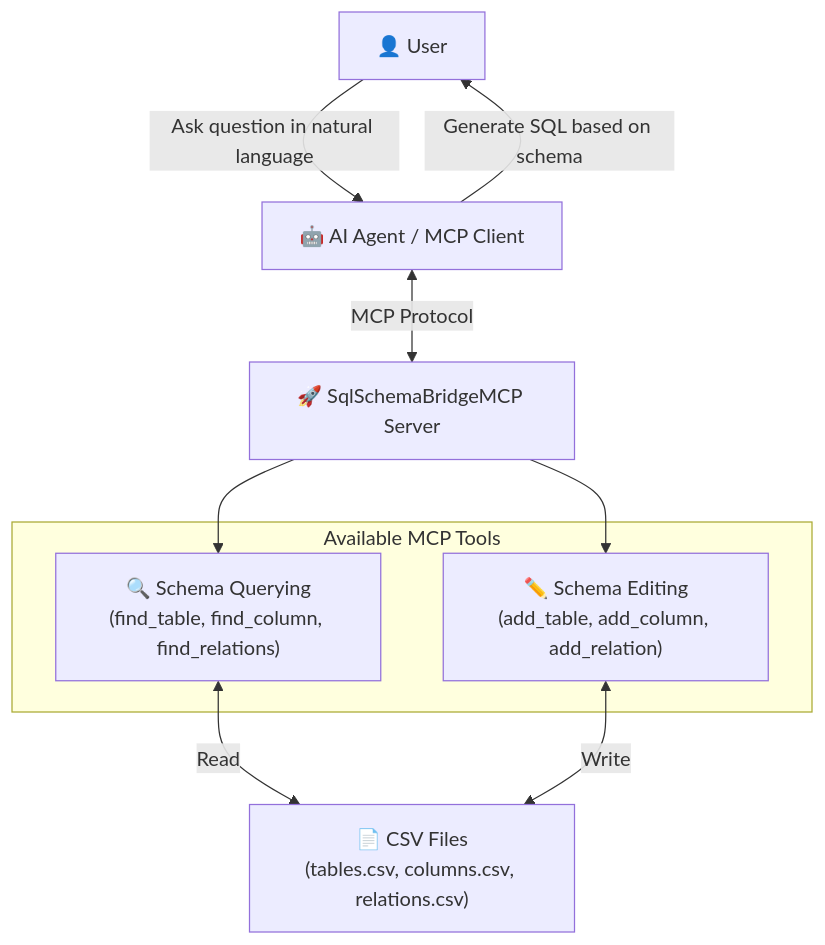
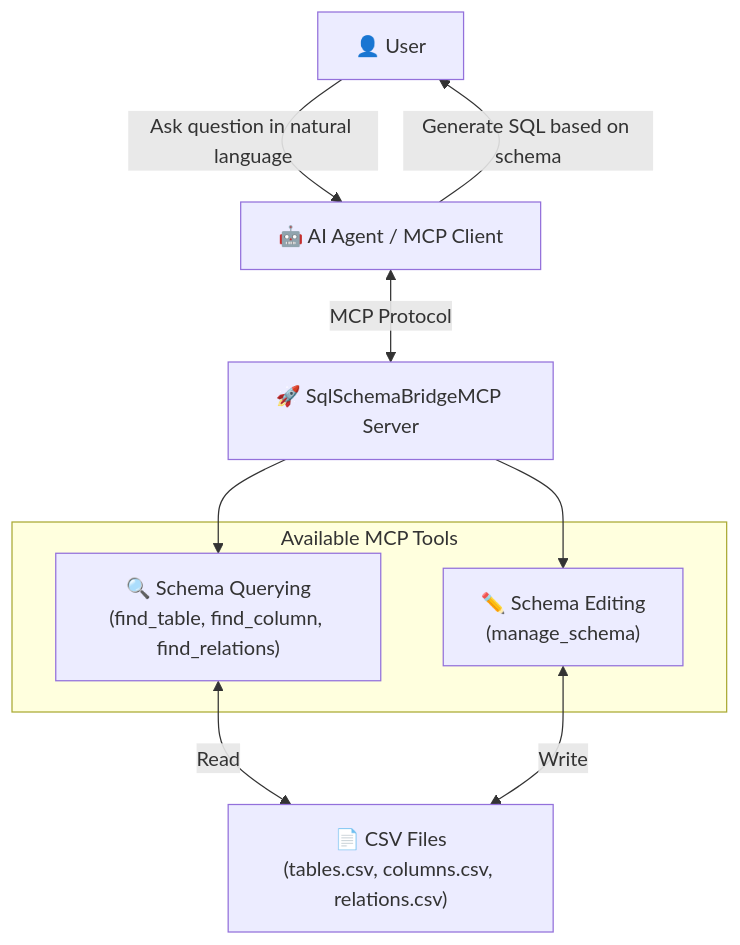
The first of 2 diagrams in README.md (yt3trees/SqlSchemaBridgeMCP), drawn with Mermaid before and after one commit. The commit also changed other lines of this file and 2 other files, not shown here.

Commit message:
refactor: Consolidate 6 schema editing tools into unified manage_schema tool

````diff
--- a/README.md
+++ b/README.md
@@ -8,21 +8,21 @@
 ```mermaid
 graph TB
     User["👤 User"]
     Agent["🤖 AI Agent / MCP Client"]
     Server["🚀 SqlSchemaBridgeMCP Server"]
     CSVFiles["📄 CSV Files<br/>(tables.csv, columns.csv, relations.csv)"]
 
     subgraph "Available MCP Tools"
         QueryTools["🔍 Schema Querying<br/>(find_table, find_column, find_relations)"]
-        EditTools["✏️ Schema Editing<br/>(add_table, add_column, add_relation)"]
+        EditTools["✏️ Schema Editing<br/>(manage_schema)"]
     end
 
     %% Main Flow
     User -->|"Ask question in natural language"| Agent
     Agent <-->|"MCP Protocol"| Server
     Server --> QueryTools
     Server --> EditTools
     QueryTools <-->|"Read"| CSVFiles
     EditTools <-->|"Write"| CSVFiles
     Agent -->|"Generate SQL based on schema"| User
 ```
````
